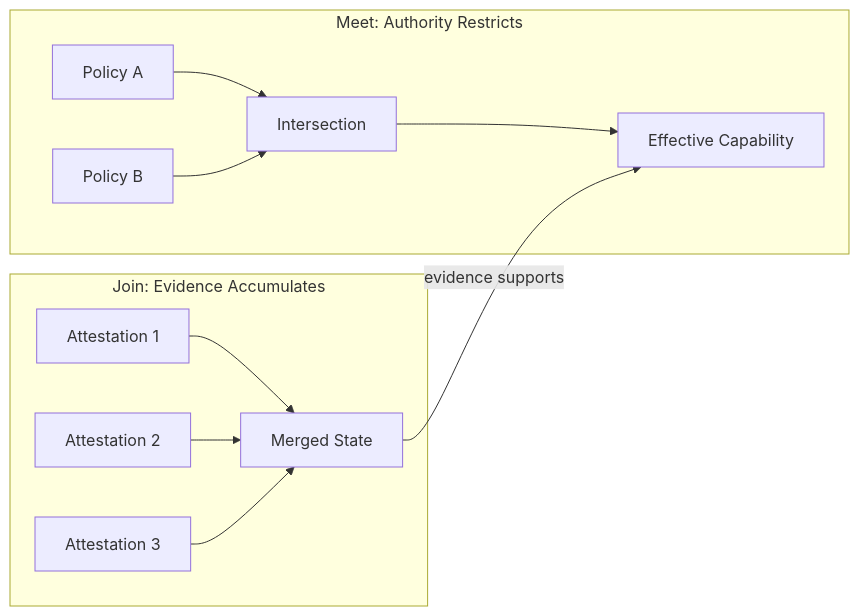
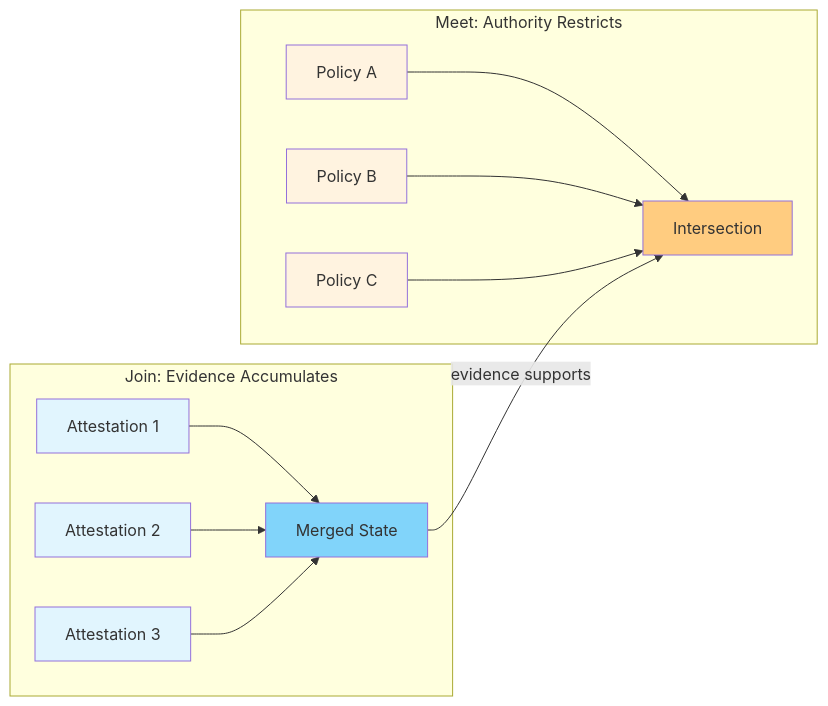
Before and after one commit to hxrts/weboftru.st: the second of 10 diagrams in content/post/03-shape-of-agreement.md, drawn with Mermaid. The commit also changed other lines of this file and 16 other files, not shown here.

````diff
--- a/content/post/03-shape-of-agreement.md
+++ b/content/post/03-shape-of-agreement.md
@@ -44,16 +45,24 @@
 ```mermaid
 graph LR
     subgraph "Join: Evidence Accumulates"
         A1["Attestation 1"] --> M1["Merged State"]
         A2["Attestation 2"] --> M1
         A3["Attestation 3"] --> M1
+        style A1 fill:#e1f5fe
+        style A2 fill:#e1f5fe
+        style A3 fill:#e1f5fe
+        style M1 fill:#81d4fa
     end
 
     subgraph "Meet: Authority Restricts"
         P1["Policy A"] --> I1["Intersection"]
         P2["Policy B"] --> I1
-        I1 --> E1["Effective Capability"]
+        P3["Policy C"] --> I1
+        style P1 fill:#fff3e0
+        style P2 fill:#fff3e0
+        style P3 fill:#fff3e0
+        style I1 fill:#ffcc80
     end
 
-    M1 -->|"evidence supports"| E1
+    M1 -->|"evidence supports"| I1
 ```
````
